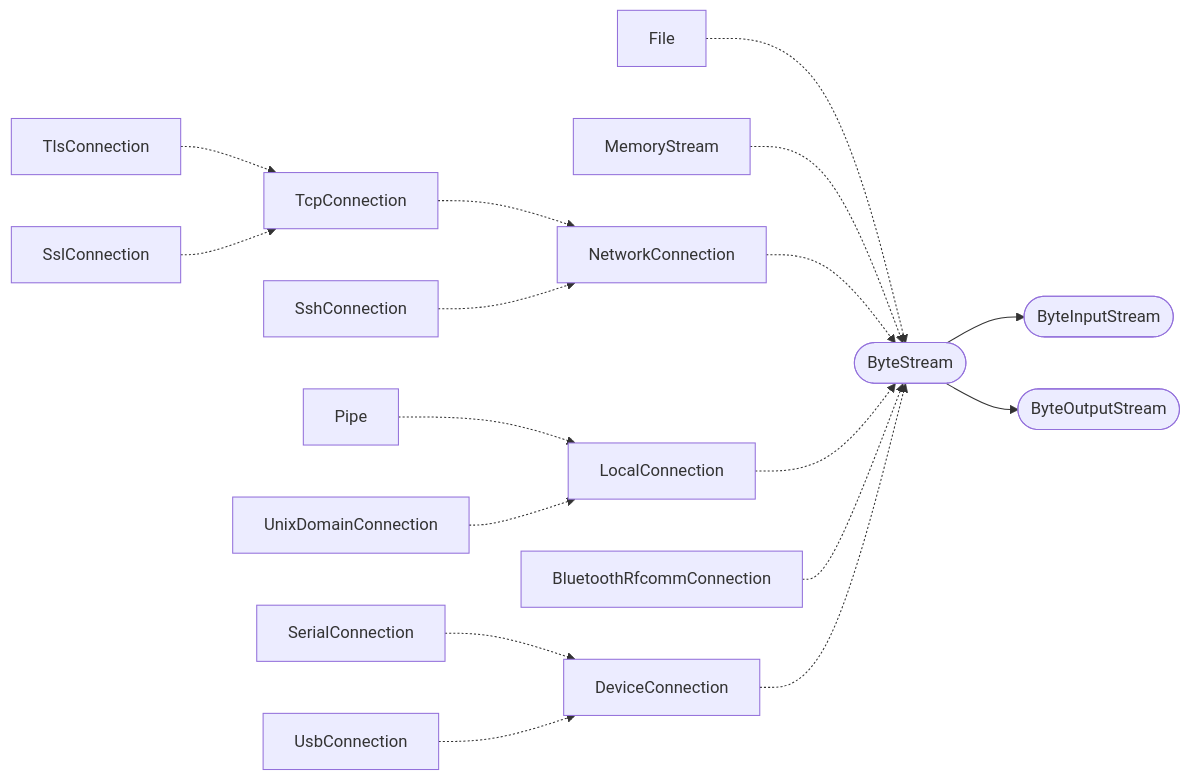
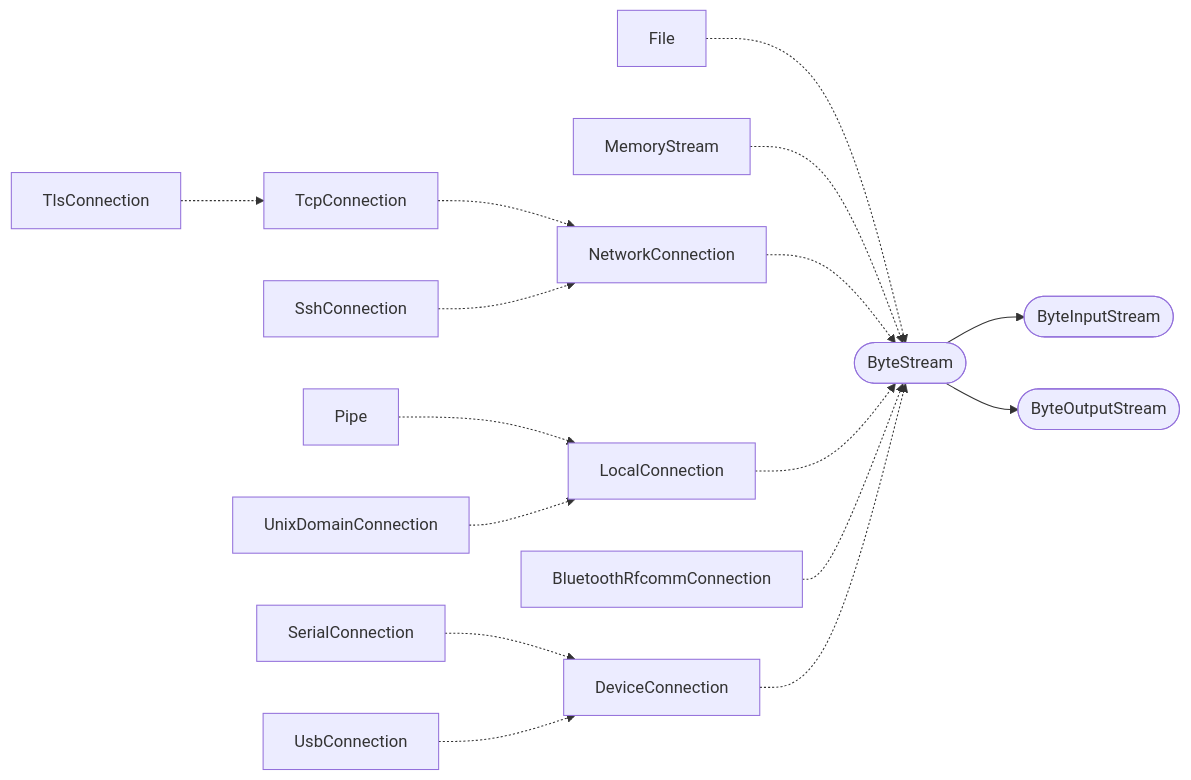
The first of 2 diagrams in 2 Standard Lib/7 ByteStream & IO.md (laro/Cilia), drawn with Mermaid before and after one commit. The commit also changed other lines of this file, not shown here.

Commit message:
Update 7 ByteStream & IO.md

````diff
--- a/2 Standard Lib/7 ByteStream & IO.md
+++ b/2 Standard Lib/7 ByteStream & IO.md
@@ -137,43 +137,41 @@
 ```mermaid
 %%{init: {'themeVariables': {'fontFamily': 'monospace'}}}%%
 flowchart LR
     File[File]
     MemoryStream[MemoryStream]
     NetworkConnection[NetworkConnection]
     TcpConnection[TcpConnection]
     TlsConnection[TlsConnection]
-    SslConnection[SslConnection]
     SshConnection[SshConnection]
     LocalConnection[LocalConnection]
     Pipe[Pipe]
     UnixDomainConnection[UnixDomainConnection]
     BluetoothRfcommConnection[BluetoothRfcommConnection]
     DeviceConnection[DeviceConnection]
     SerialConnection[SerialConnection]
     UsbConnection[UsbConnection]
     
     ByteStream([ByteStream])
     ByteInputStream([ByteInputStream])
     ByteOutputStream([ByteOutputStream])
     
     File -.-> ByteStream
     MemoryStream -.-> ByteStream
     NetworkConnection -.-> ByteStream
     LocalConnection -.-> ByteStream
     BluetoothRfcommConnection -.-> ByteStream
     DeviceConnection -.-> ByteStream
     
     TcpConnection -.-> NetworkConnection
     TlsConnection -.-> TcpConnection
-    SslConnection -.-> TcpConnection
     SshConnection -.-> NetworkConnection
     
     Pipe -.-> LocalConnection
     UnixDomainConnection -.-> LocalConnection
     
     SerialConnection -.-> DeviceConnection
     UsbConnection -.-> DeviceConnection
     
     ByteStream --> ByteInputStream
     ByteStream --> ByteOutputStream
 ```
````
